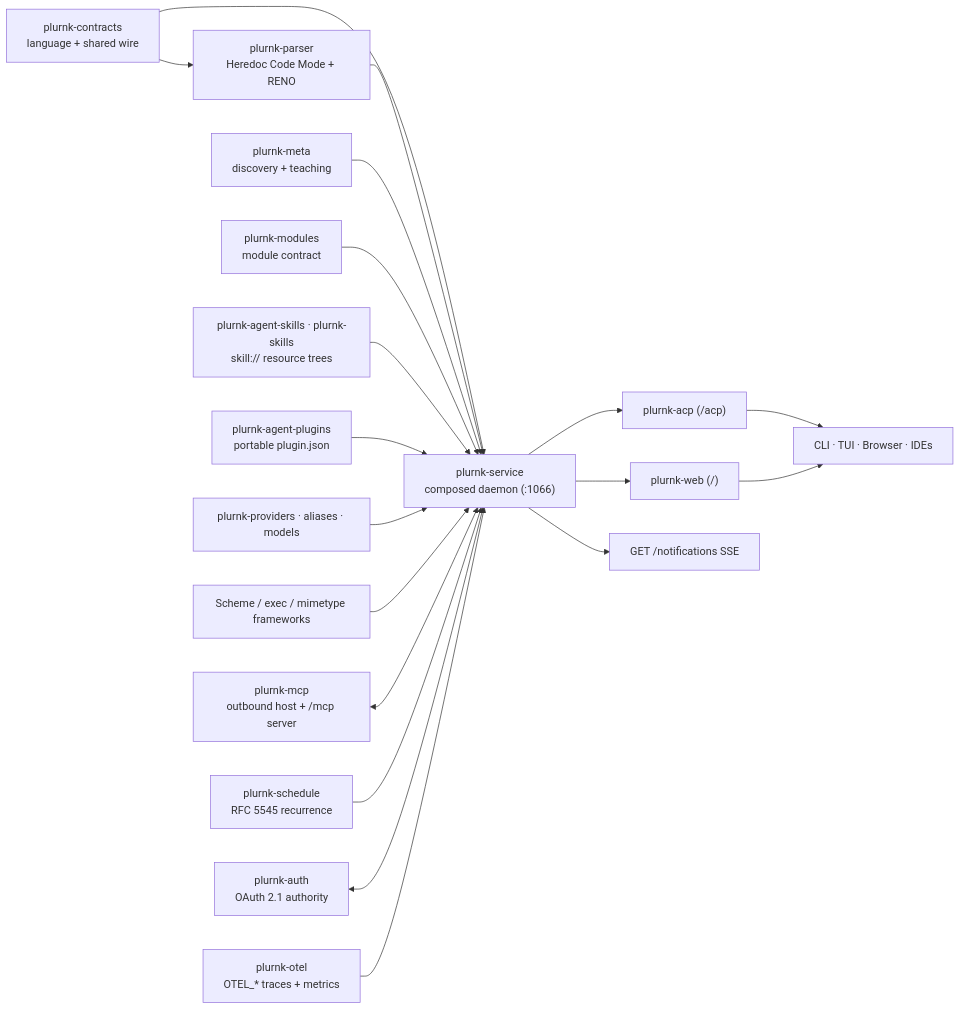
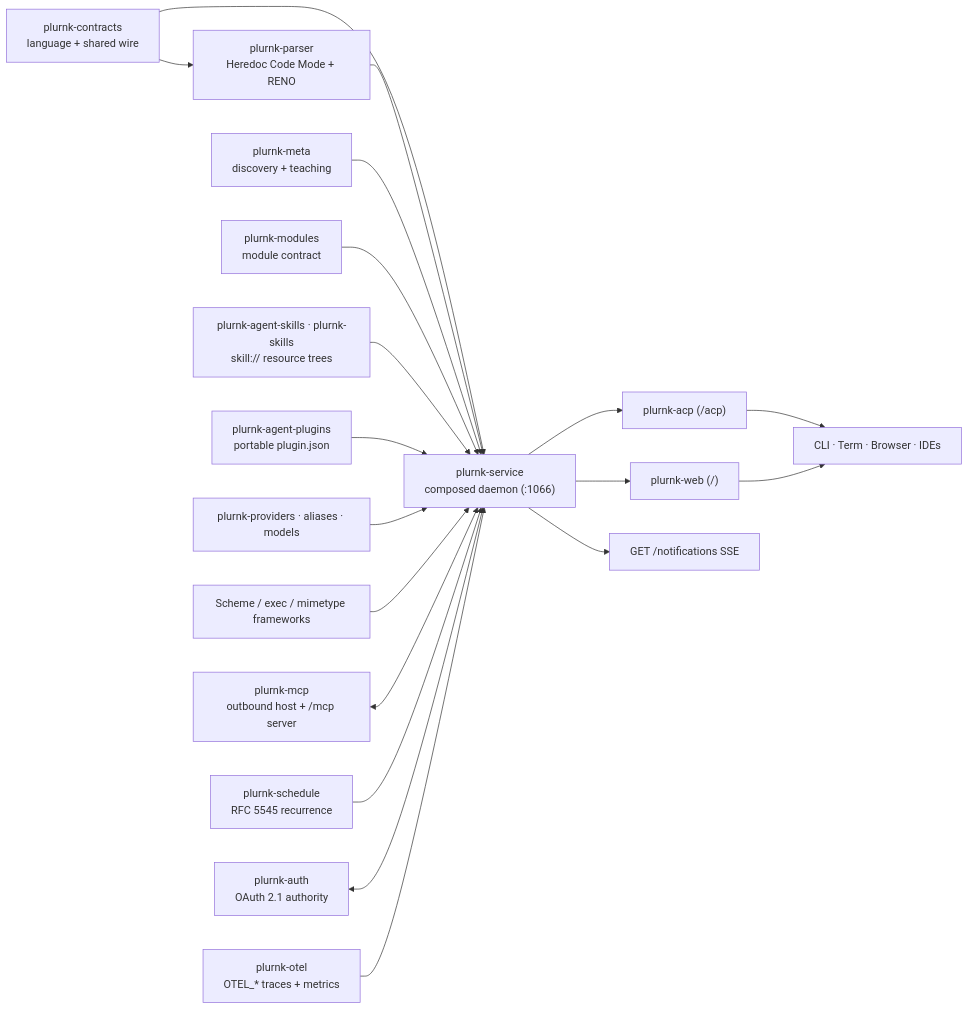
The second of 5 diagrams in ARCHITECTURE.md (plurnk/plurnk-service), drawn with Mermaid before and after one commit. The commit also changed other lines of this file and 12 other files, not shown here.

Commit message:
refactor: migrate remaining TUI references to Term (#1460)

````diff
--- a/ARCHITECTURE.md
+++ b/ARCHITECTURE.md
@@ -64,20 +64,20 @@
 ```mermaid
 flowchart LR
     contracts["plurnk-contracts<br/>language + shared wire"] --> parser["plurnk-parser<br/>Heredoc Code Mode + RENO"] & core
     parser --> core
     meta["plurnk-meta<br/>discovery + teaching"] --> core
     modules["plurnk-modules<br/>module contract"] --> core
     skills["plurnk-agent-skills · plurnk-skills<br/>skill:// resource trees"] --> core
     plugins["plurnk-agent-plugins<br/>portable plugin.json"] --> core
     providers["plurnk-providers · aliases · models"] --> core
     frameworks["Scheme / exec / mimetype frameworks"] --> core
     mcp["plurnk-mcp<br/>outbound host + /mcp server"] <--> core
     schedule["plurnk-schedule<br/>RFC 5545 recurrence"] --> core
     auth["plurnk-auth<br/>OAuth 2.1 authority"] <--> core
     otel["plurnk-otel<br/>OTEL_* traces + metrics"] --> core
     core["plurnk-service<br/>composed daemon (:1066)"]
     core --> acp["plurnk-acp (/acp)"]
     core --> web["plurnk-web (/)"]
     core --> notifications["GET /notifications SSE"]
-    acp & web --> clients["CLI · TUI · Browser · IDEs"]
+    acp & web --> clients["CLI · Term · Browser · IDEs"]
 ```
````
